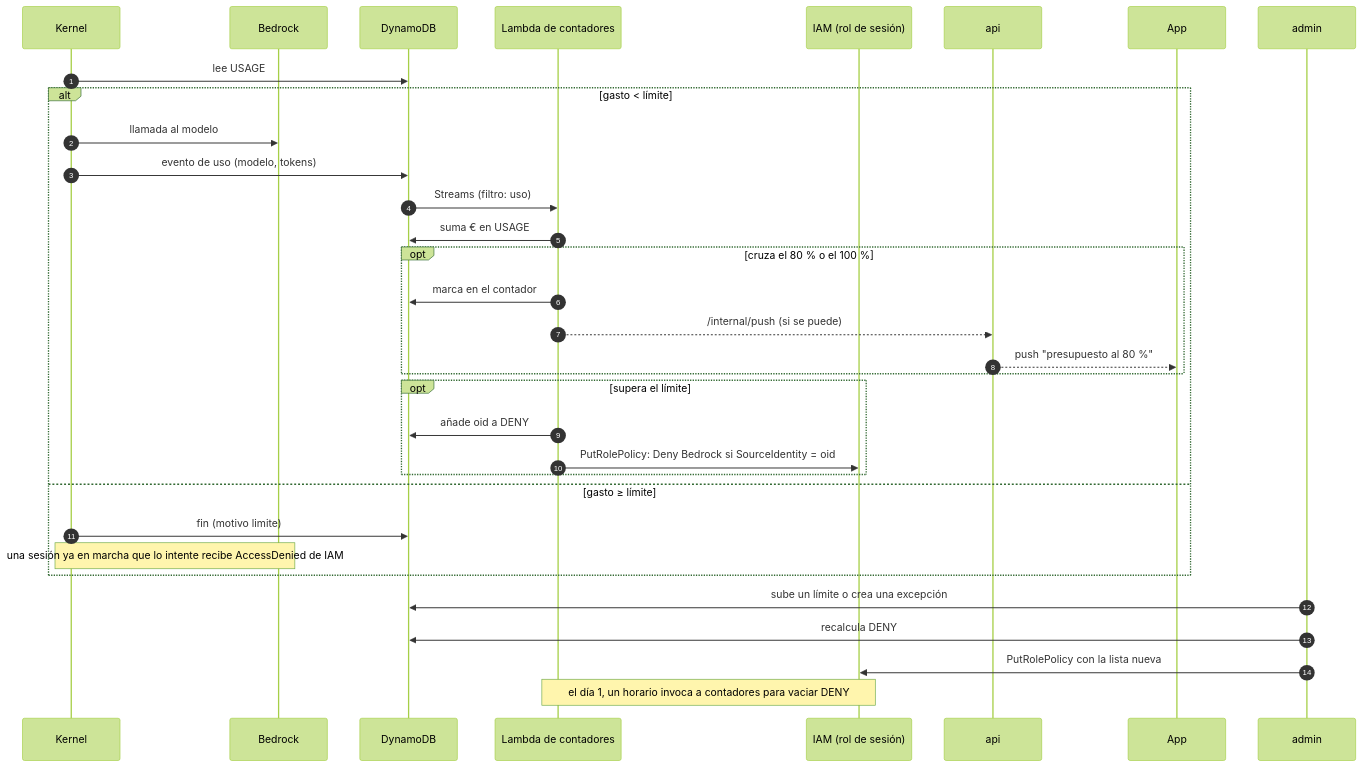
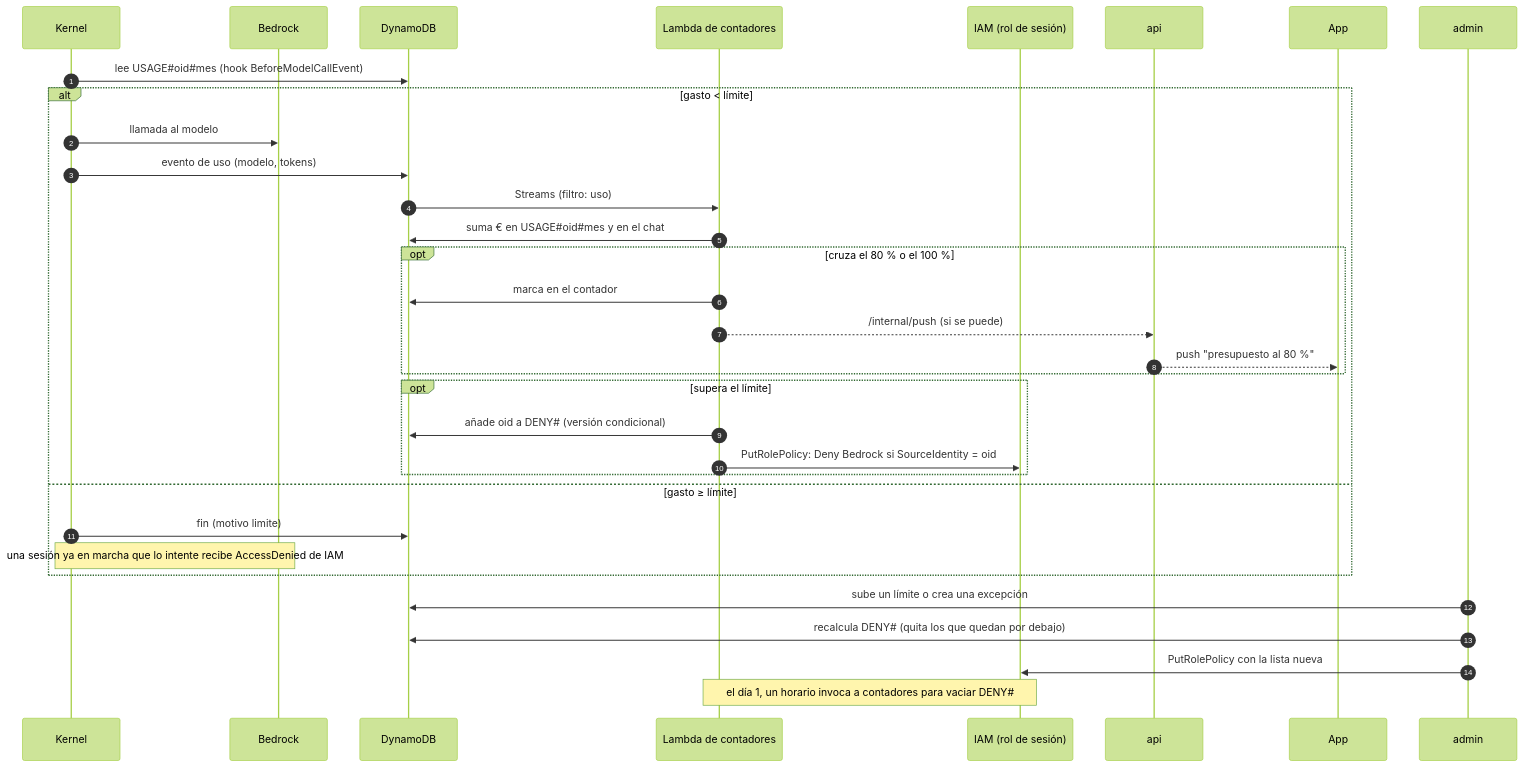
Before and after one commit to ikermendi/sample-agent-platform-with-agentcore: the sixth of 7 diagrams in docs/arquitectura-agentes.md, drawn with Mermaid (forest theme). The commit also changed other lines of this file, not shown here.

First line of the commit message:
docs: secuencias del arranque del kernel y de una vuelta del bucle; corrige los # en Mermaid

````diff
--- a/docs/arquitectura-agentes.md
+++ b/docs/arquitectura-agentes.md
@@ -752,36 +830,36 @@
 ```mermaid
 sequenceDiagram
   autonumber
   participant K as Kernel
   participant B as Bedrock
   participant D as DynamoDB
   participant C as Lambda de contadores
   participant IAM as IAM (rol de sesión)
   participant API as api
   participant App as App
   participant A as admin
 
-  K->>D: lee USAGE#oid#mes (hook BeforeModelCallEvent)
+  K->>D: lee USAGE#35;oid#35;mes (hook BeforeModelCallEvent)
   alt gasto < límite
     K->>B: llamada al modelo
     K->>D: evento de uso (modelo, tokens)
     D->>C: Streams (filtro: uso)
-    C->>D: suma € en USAGE#oid#mes y en el chat
+    C->>D: suma € en USAGE#35;oid#35;mes y en el chat
     opt cruza el 80 % o el 100 %
       C->>D: marca en el contador
       C-->>API: /internal/push (si se puede)
       API-->>App: push "presupuesto al 80 %"
     end
     opt supera el límite
-      C->>D: añade oid a DENY# (versión condicional)
+      C->>D: añade oid a DENY#35; (versión condicional)
       C->>IAM: PutRolePolicy: Deny Bedrock si SourceIdentity = oid
     end
   else gasto ≥ límite
     K->>D: fin (motivo limite)
     Note over K,B: una sesión ya en marcha que lo intente recibe AccessDenied de IAM
   end
   A->>D: sube un límite o crea una excepción
-  A->>D: recalcula DENY# (quita los que quedan por debajo)
+  A->>D: recalcula DENY#35; (quita los que quedan por debajo)
   A->>IAM: PutRolePolicy con la lista nueva
-  Note over C,IAM: el día 1, un horario invoca a contadores para vaciar DENY#
+  Note over C,IAM: el día 1, un horario invoca a contadores para vaciar DENY#35;
 ```
````
